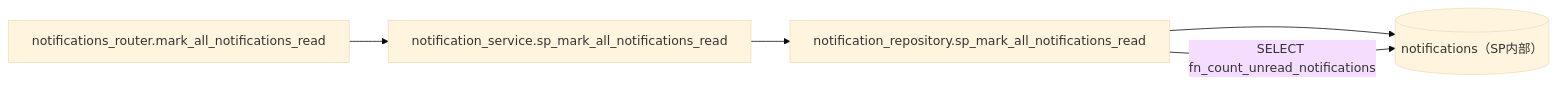
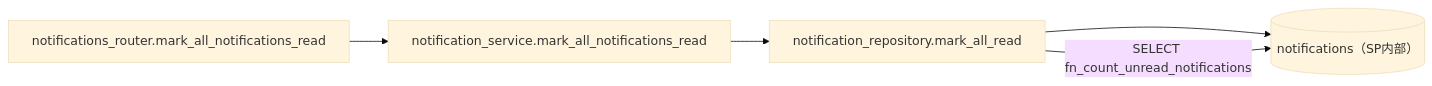
Before and after one commit to oikawa-d/task_management: the second of 3 diagrams in docs/detailed_design/api/notifications/04_post_notifications_read_all.md, drawn with Mermaid (base theme). The commit also changed other lines of this file and 88 other files, not shown here.

````diff
--- a/docs/detailed_design/api/notifications/04_post_notifications_read_all.md
+++ b/docs/detailed_design/api/notifications/04_post_notifications_read_all.md
@@ -103,7 +103,7 @@
 ```mermaid
 flowchart LR
-    R["notifications_router.mark_all_notifications_read"] --> S["notification_service.sp_mark_all_notifications_read"]
-    S --> NR["notification_repository.sp_mark_all_notifications_read"]
+    R["notifications_router.mark_all_notifications_read"] --> S["notification_service.mark_all_notifications_read"]
+    S --> NR["notification_repository.mark_all_read"]
     NR --> N[("notifications（SP内部）")]
     NR -->|"SELECT fn_count_unread_notifications"| N
 ```
````
